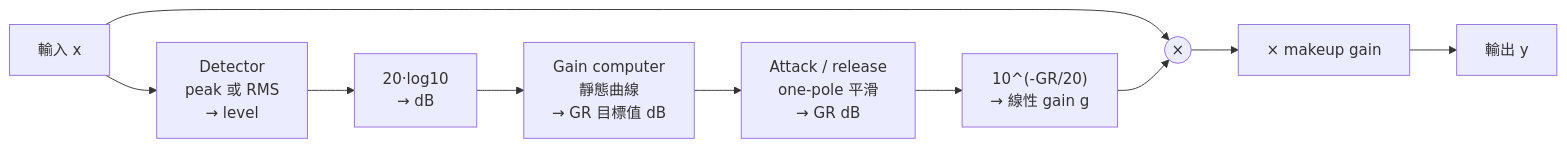
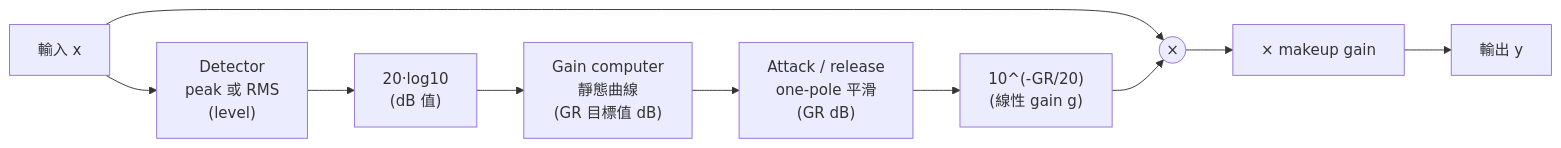
The diagram in lessons/04-compressor/README.zh-TW.md (TomHsieh300/DAW-for-fun), drawn with Mermaid before and after one commit. The commit also changed other lines of this file and 7 other files, not shown here.

First line of the commit message:
ch04: redraw text diagrams as Mermaid and SVG figures

````diff
--- a/lessons/04-compressor/README.zh-TW.md
+++ b/lessons/04-compressor/README.zh-TW.md
@@ -38,11 +38,11 @@
 ```mermaid
 flowchart LR
-    X["輸入 x"] --> D["Detector<br/>peak 或 RMS<br/>→ level"]
-    D --> L["20·log10<br/>→ dB"]
-    L --> G["Gain computer<br/>靜態曲線<br/>→ GR 目標值 dB"]
-    G --> S["Attack / release<br/>one-pole 平滑<br/>→ GR dB"]
-    S --> E["10^(-GR/20)<br/>→ 線性 gain g"]
+    X["輸入 x"] --> D["Detector<br/>peak 或 RMS<br/>(level)"]
+    D --> L["20·log10<br/>(dB 值)"]
+    L --> G["Gain computer<br/>靜態曲線<br/>(GR 目標值 dB)"]
+    G --> S["Attack / release<br/>one-pole 平滑<br/>(GR dB)"]
+    S --> E["10^(-GR/20)<br/>(線性 gain g)"]
     X --> M(("×"))
     E --> M
     M --> K["× makeup gain"] --> Y["輸出 y"]
 ```
````
